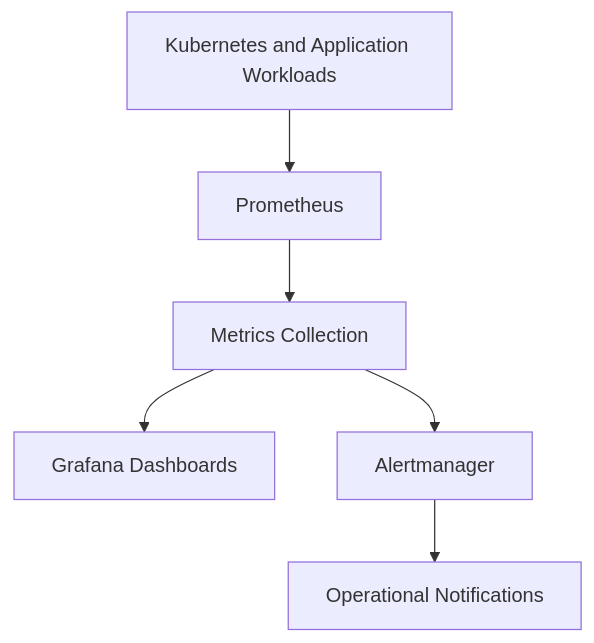
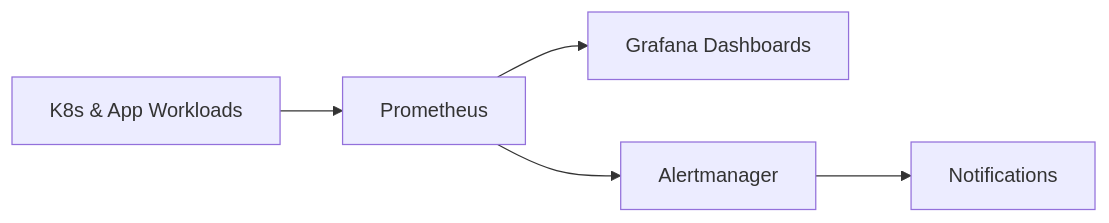
The fifth of 8 diagrams in README.md (manesaurabh1704-devops/manesaurabh1704-devops), drawn with Mermaid before and after one commit. The commit also changed other lines of this file, not shown here.

````diff
--- a/README.md
+++ b/README.md
@@ -433,8 +212,6 @@
 ```mermaid
-flowchart TD
-    A["Kubernetes and Application Workloads"] --> B["Prometheus"]
-    B --> C["Metrics Collection"]
-    C --> D["Grafana Dashboards"]
-    C --> E["Alertmanager"]
-    E --> F["Operational Notifications"]
+flowchart LR
+    A["K8s & App Workloads"] --> B["Prometheus"]
+    B --> C["Grafana Dashboards"]
+    B --> D["Alertmanager"] --> E["Notifications"]
 ```
````
